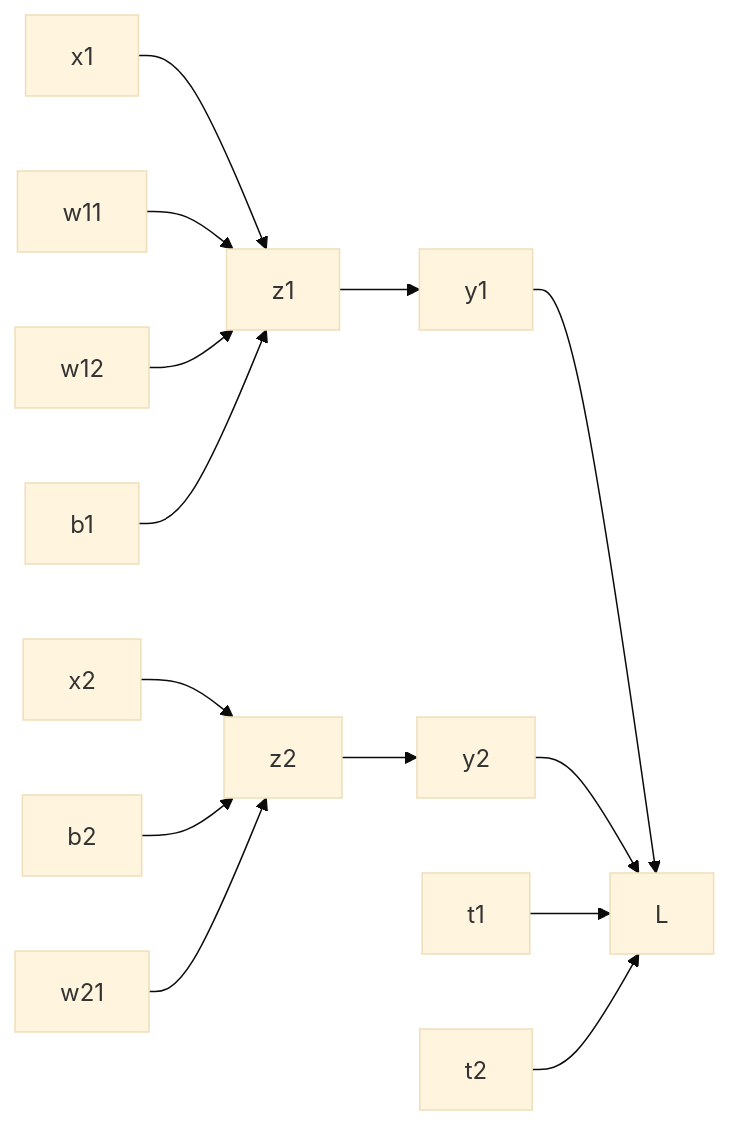
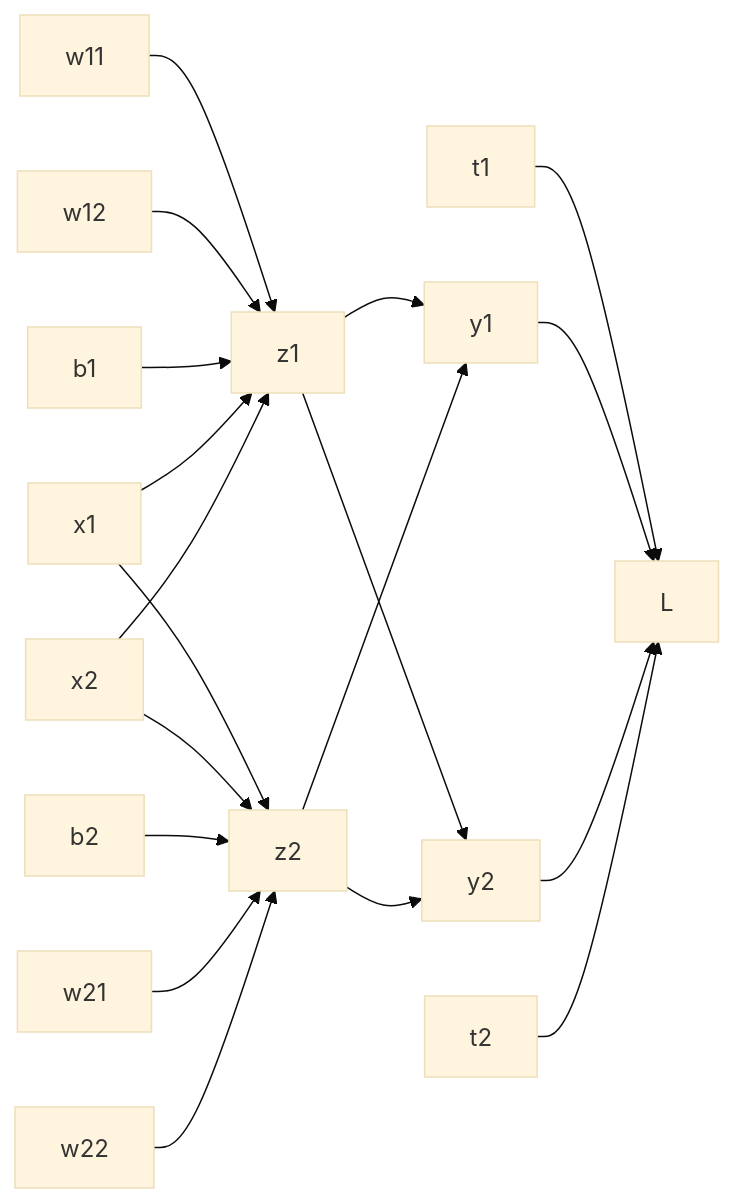
Before and after one commit to Tolia-GH/ITMO-AI: the fourth of 5 diagrams in 1NaturalLanguageProcessing/Lectures/lecture03/lecture03.md, drawn with Mermaid (base theme). The commit also changed other lines of this file and 9 other files, not shown here.

````diff
--- a/1NaturalLanguageProcessing/Lectures/lecture03/lecture03.md
+++ b/1NaturalLanguageProcessing/Lectures/lecture03/lecture03.md
@@ -788,16 +656,23 @@
 ```mermaid
 graph LR
-  x1["x1"] --> z1["z1"]
-  z1 --> y1["y1"]
-  y1 --> L["L"]
-  z2["z2"] --> y2["y2"]
-  y2 --> L
-  w11["w11"] --> z1
+  w11["w11"] --> z1["z1"]
   w12["w12"] --> z1
   b1["b1"] --> z1
-  x2["x2"] --> z2
+  x1["x1"] --> z1
+  x1 --> z2
+
+  z1 --> y1["y1"]
+  z1 --> y2["y2"]
+  t1["t1"] --> L
+  y1 --> L["L"]
+  z2["z2"] --> y2
+  z2 --> y1
+  y2 --> L
+  
+  x2["x2"] --> z1
+  x2 --> z2
   b2["b2"] --> z2
   w21["w21"] --> z2
-  t1["t1"] --> L
+  w22["w22"] --> z2
   t2["t2"] --> L
 ```
````
